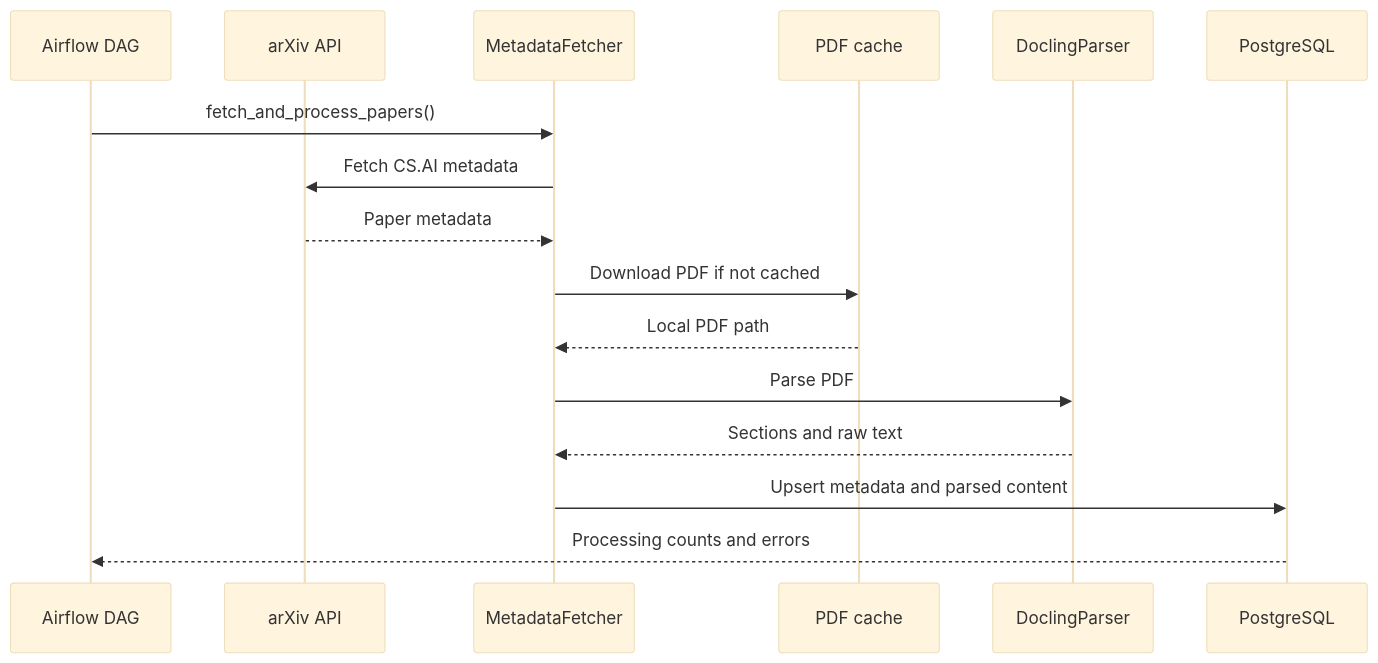
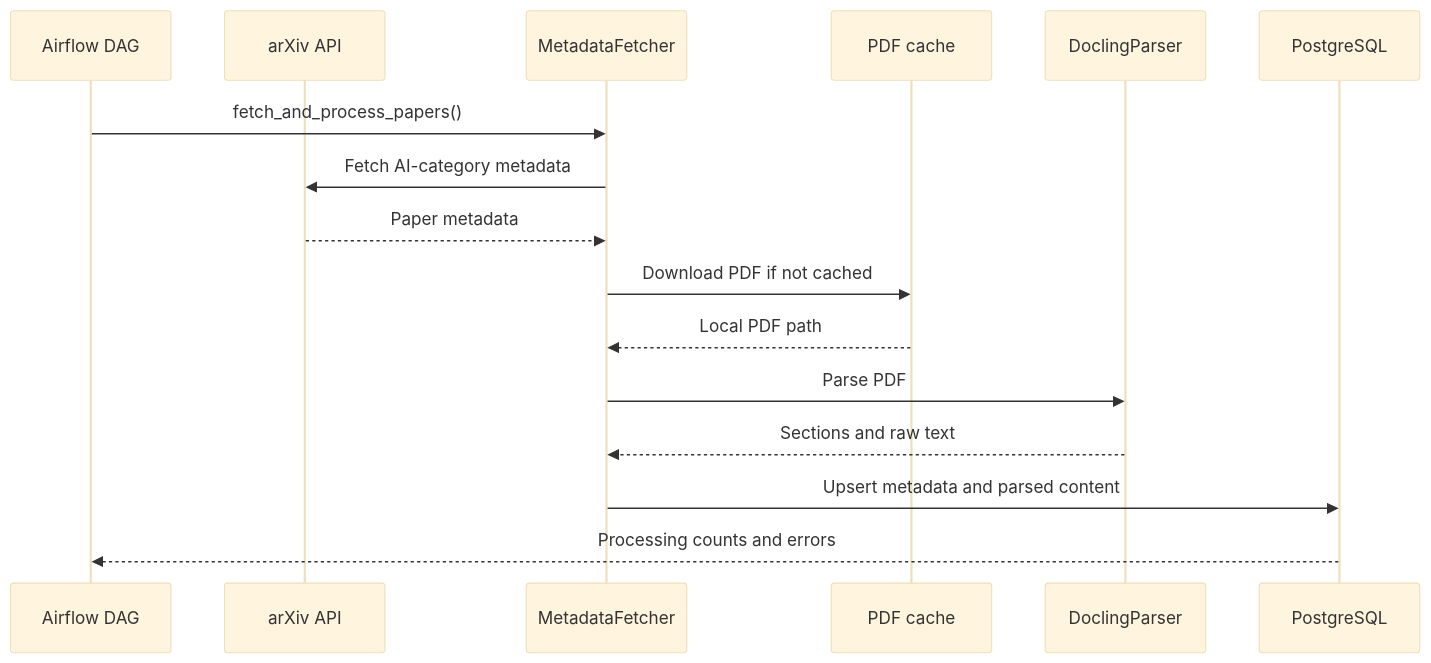
The second of 2 diagrams in README.md (Xmen3em/AI-ScholarLens), drawn with Mermaid (base theme) before and after one commit. The commit also changed other lines of this file and 17 other files, not shown here.

```diff
--- a/README.md
+++ b/README.md
@@ -62,19 +62,19 @@
 ~~~mermaid
 sequenceDiagram
     participant S as Airflow DAG
     participant A as arXiv API
     participant M as MetadataFetcher
     participant C as PDF cache
     participant P as DoclingParser
     participant D as PostgreSQL
 
     S->>M: fetch_and_process_papers()
-    M->>A: Fetch CS.AI metadata
+    M->>A: Fetch AI-category metadata
     A-->>M: Paper metadata
     M->>C: Download PDF if not cached
     C-->>M: Local PDF path
     M->>P: Parse PDF
     P-->>M: Sections and raw text
     M->>D: Upsert metadata and parsed content
     D-->>S: Processing counts and errors
 ~~~
```
